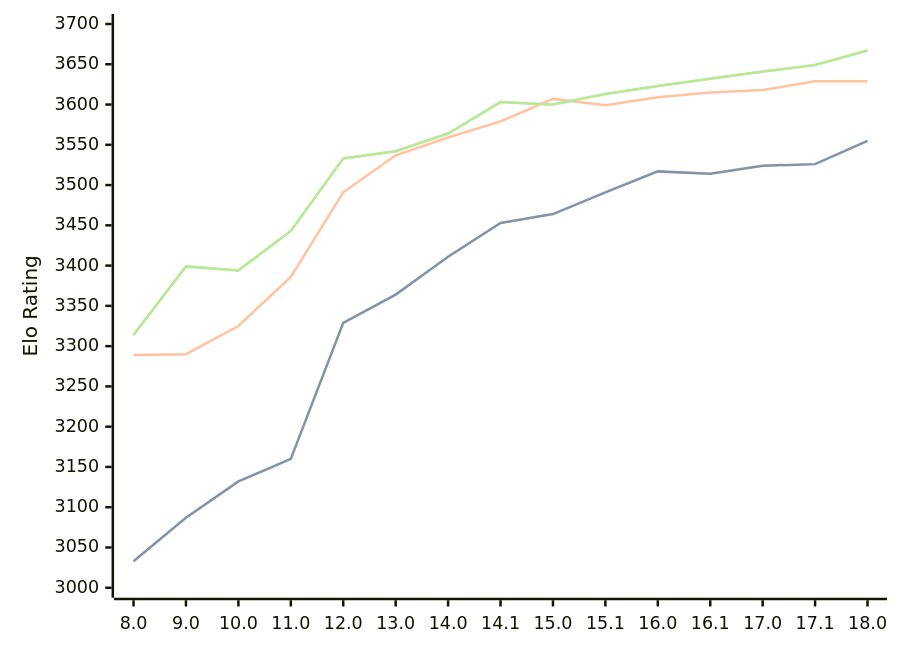
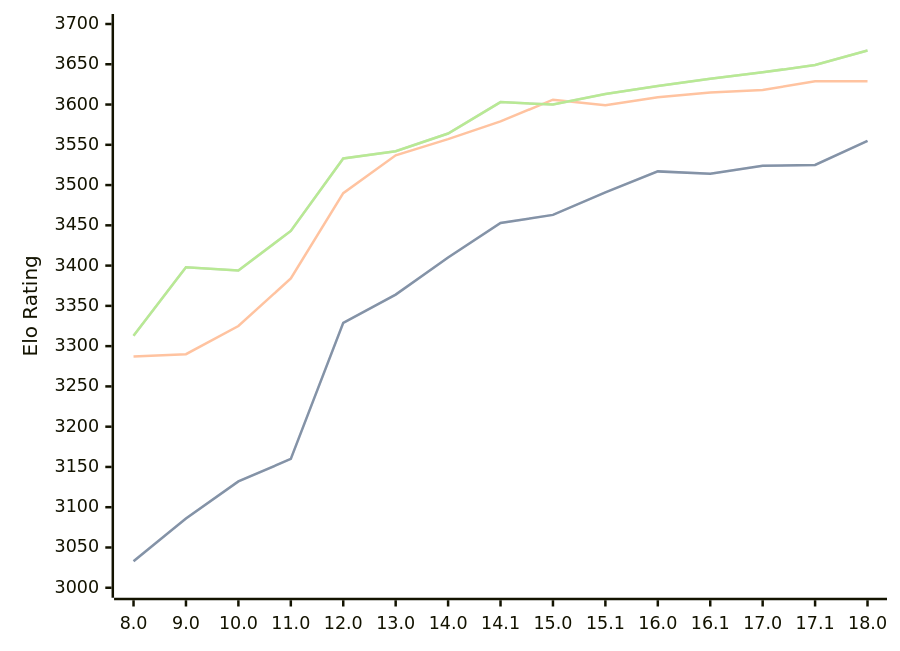
The diagram in engines/Stockfish.md (computer-chess-index/cci), drawn with Mermaid before and after one commit. The commit also changed other lines of this file, not shown here.

Commit message:
Update CCI Ratings (ELO VLTC) - 2026-03-01

````diff
--- a/engines/Stockfish.md
+++ b/engines/Stockfish.md
@@ -44,11 +44,11 @@
 ```mermaid
 %%{init: {"theme":"base","themeVariables":{"seriesColors:['#a3a3a3','#222221','#faa371']}}}%%
 xychart-beta
   x-axis ["8.0", "9.0", "10.0", "11.0", "12.0", "13.0", "14.0", "14.1", "15.0", "15.1", "16.0", "16.1", "17.0", "17.1", "18.0"]
   y-axis "Elo Rating" 3000 --> 3700
-  line "STC (8.0+0.08s)" [3033, 3087, 3132, 3160, 3329, 3364, 3411, 3453, 3464, 3491, 3517, 3514, 3524, 3526, 3555]
-  line "STC (8.0+0.08s)" [3033, 3087, 3132, 3160, 3329, 3364, 3411, 3453, 3464, 3491, 3517, 3514, 3524, 3526, 3555]
-  line "LTC (60.0+0.60s)" [3289, 3290, 3325, 3386, 3491, 3537, 3559, 3579, 3607, 3599, 3609, 3615, 3618, 3629, 3629]
-  line "VLTC (2m24s+1.12s)" [3314, 3399, 3394, 3443, 3533, 3542, 3564, 3603, 3600, 3613, 3623, 3632, 3641, 3649, 3667]
-  line "VLTC (2m24s+1.12s)" [3314, 3399, 3394, 3443, 3533, 3542, 3564, 3603, 3600, 3613, 3623, 3632, 3641, 3649, 3667]
+  line "STC (8.0+0.08s)" [3033, 3086, 3132, 3160, 3329, 3364, 3410, 3453, 3463, 3491, 3517, 3514, 3524, 3525, 3555]
+  line "STC (8.0+0.08s)" [3033, 3086, 3132, 3160, 3329, 3364, 3410, 3453, 3463, 3491, 3517, 3514, 3524, 3525, 3555]
+  line "LTC (60.0+0.60s)" [3287, 3290, 3325, 3384, 3490, 3537, 3557, 3579, 3606, 3599, 3609, 3615, 3618, 3629, 3629]
+  line "VLTC (2m24s+1.12s)" [3313, 3398, 3394, 3443, 3533, 3542, 3564, 3603, 3600, 3613, 3623, 3632, 3640, 3649, 3667]
+  line "VLTC (2m24s+1.12s)" [3313, 3398, 3394, 3443, 3533, 3542, 3564, 3603, 3600, 3613, 3623, 3632, 3640, 3649, 3667]
 ```
````
